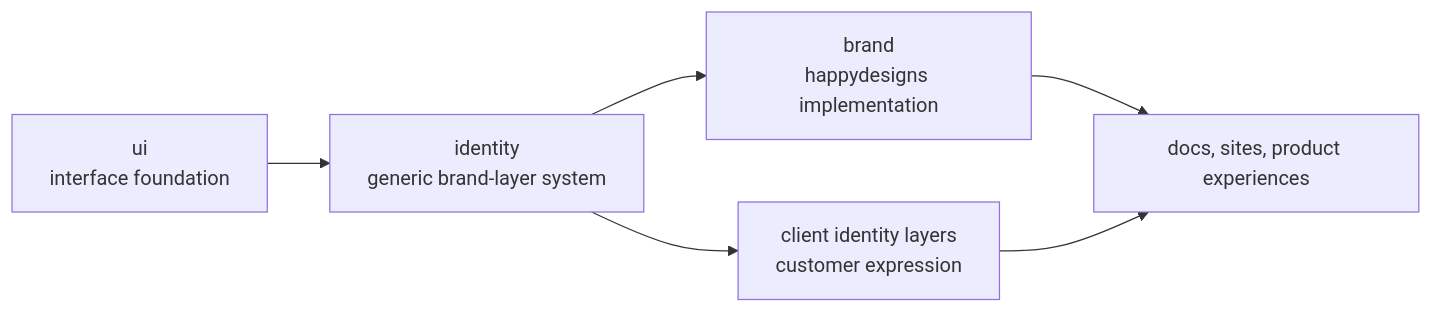
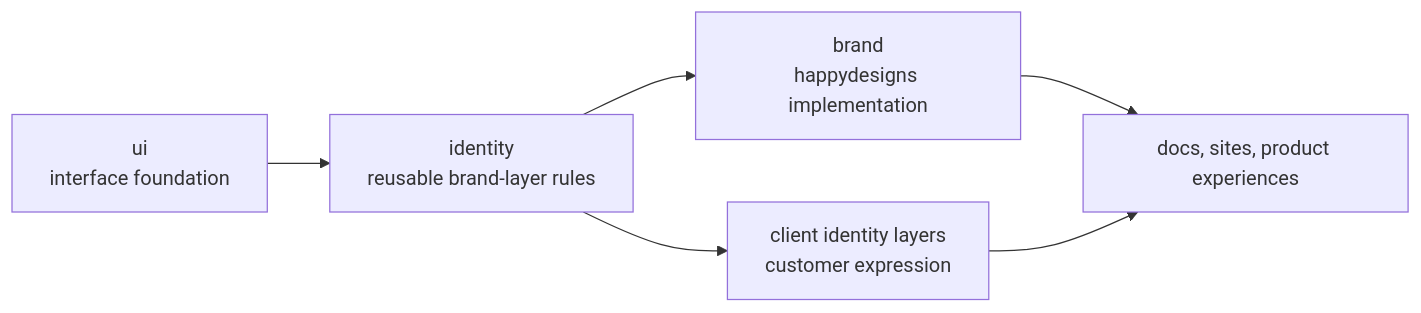
Before and after one commit to happydesigns/docs: the diagram in content/en/4.identity/1.identity-scope.md, drawn with Mermaid. The commit also changed other lines of this file and 35 other files, not shown here.

````diff
--- a/content/en/4.identity/1.identity-scope.md
+++ b/content/en/4.identity/1.identity-scope.md
@@ -17,8 +17,8 @@
 ```mermaid
 flowchart LR
-  UI["ui<br/>interface foundation"] --> Identity["identity<br/>generic brand-layer system"]
+  UI["ui<br/>interface foundation"] --> Identity["identity<br/>reusable brand-layer rules"]
   Identity --> Brand["brand<br/>happydesigns implementation"]
   Identity --> Client["client identity layers<br/>customer expression"]
   Brand --> Projects["docs, sites, product experiences"]
   Client --> Projects
 ```
````
